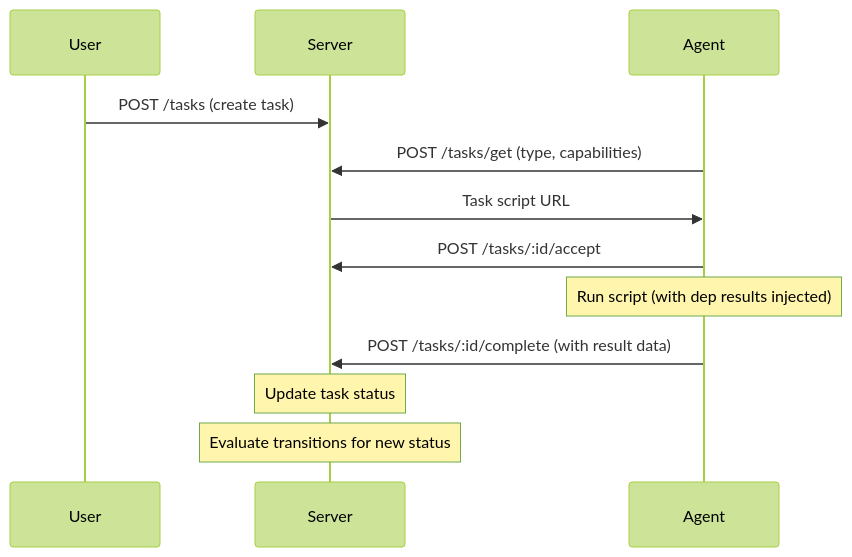
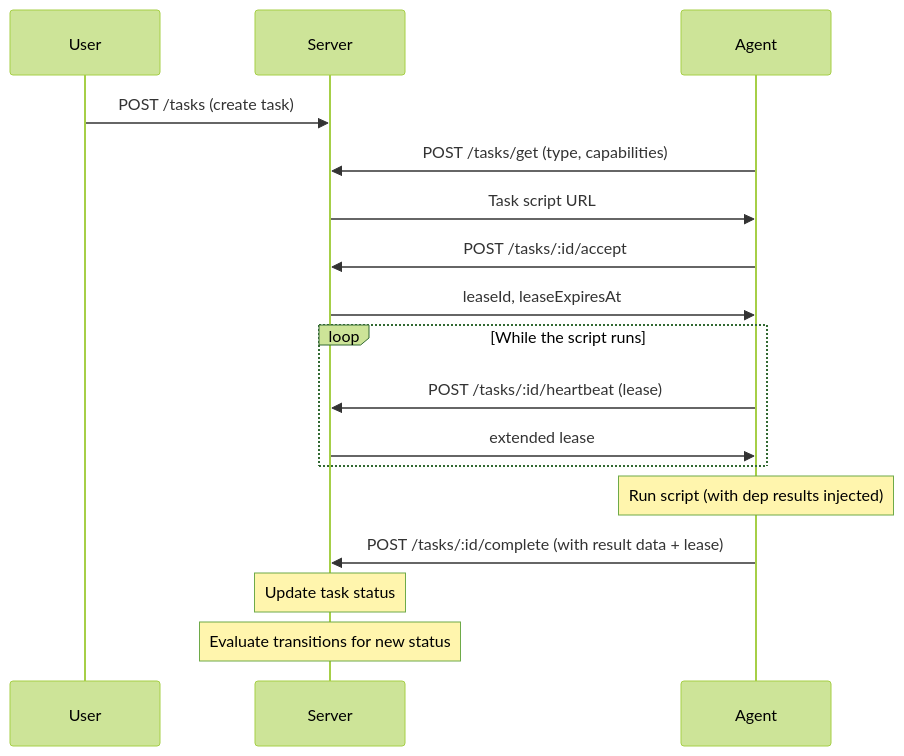
One commit to jorisvddonk/sheetbot changed the first of 3 diagrams in docs/reference/protocol.md. Above: the diagram before and after it, drawn with Mermaid (forest theme). The commit also changed other lines of this file and 9 other files, not shown here.

Commit message:
Refresh docs for task leases and agent heartbeat

````diff
--- a/docs/reference/protocol.md
+++ b/docs/reference/protocol.md
@@ -7,15 +7,20 @@
 ```mermaid
 sequenceDiagram
     participant User
     participant Server
     participant Agent
 
     User->>Server: POST /tasks (create task)
     Agent->>Server: POST /tasks/get (type, capabilities)
     Server->>Agent: Task script URL
     Agent->>Server: POST /tasks/:id/accept
+    Server->>Agent: leaseId, leaseExpiresAt
+    loop While the script runs
+        Agent->>Server: POST /tasks/:id/heartbeat (lease)
+        Server->>Agent: extended lease
+    end
     Note over Agent: Run script (with dep results injected)
-    Agent->>Server: POST /tasks/:id/complete (with result data)
+    Agent->>Server: POST /tasks/:id/complete (with result data + lease)
     Note over Server: Update task status
     Note over Server: Evaluate transitions for new status
 ```
````
